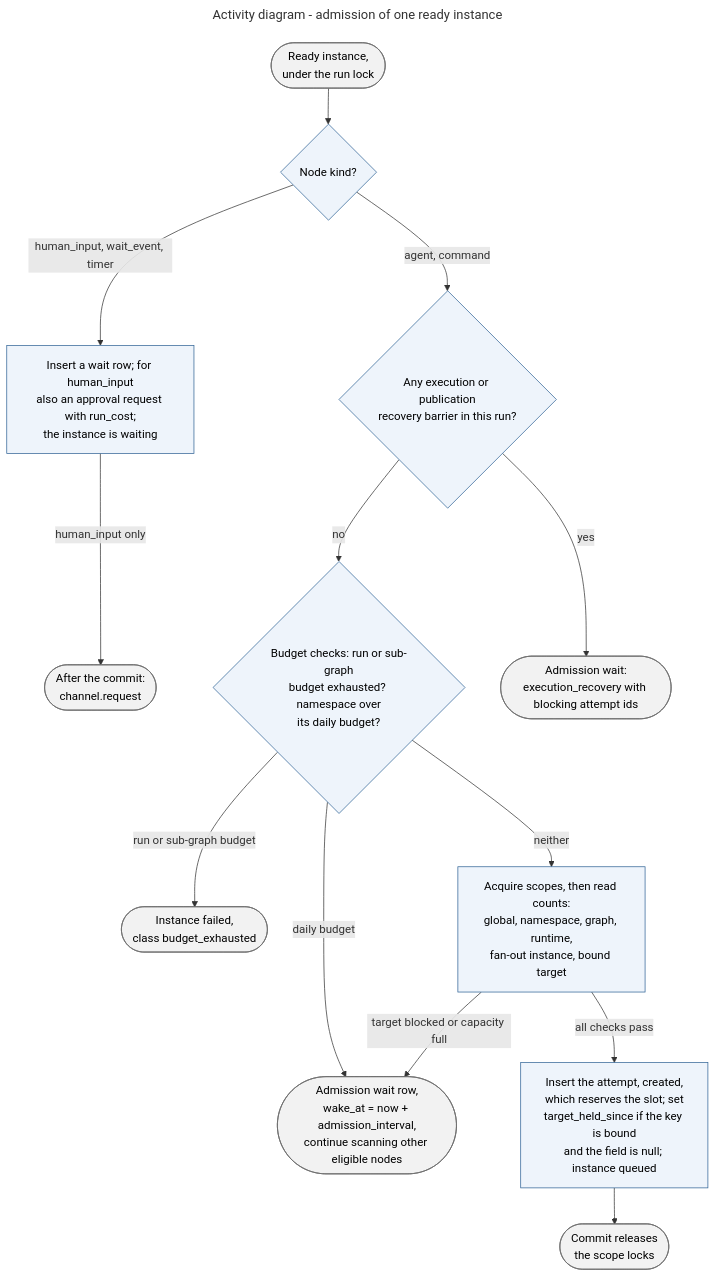
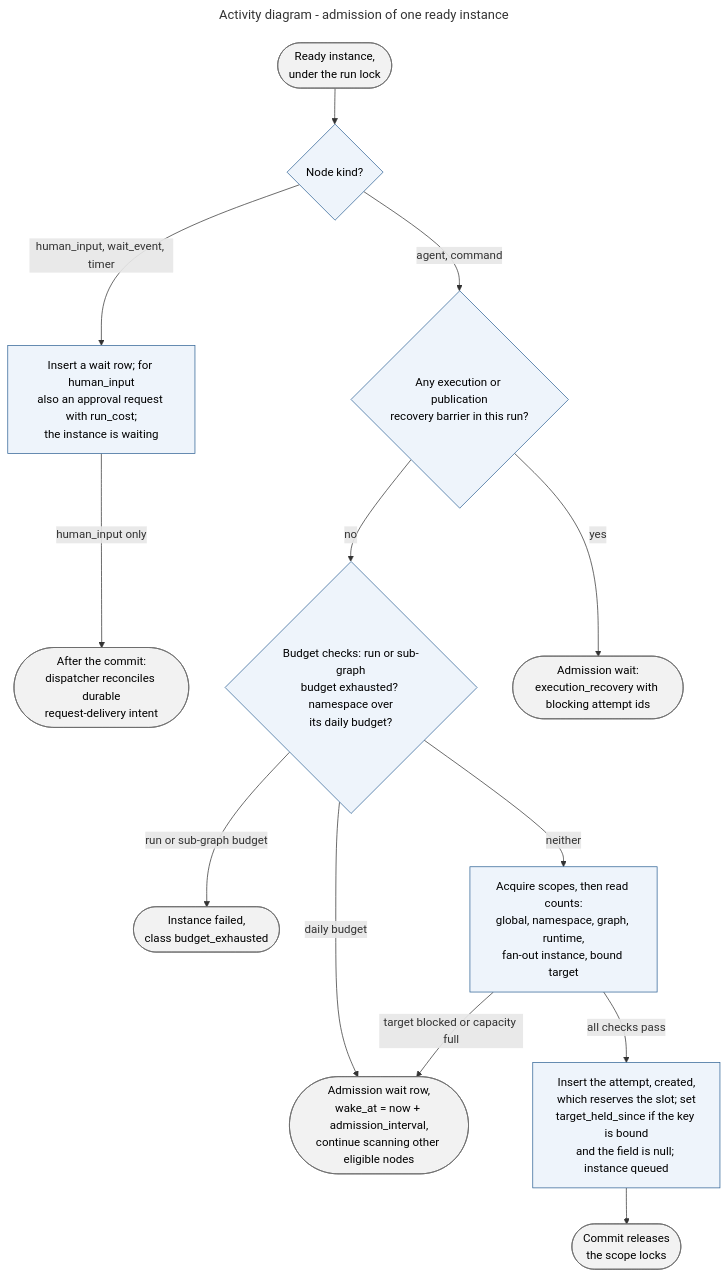
Diagram 21 of 24 in knowledge/architecture/internals.md (klukashka/kora), drawn with Mermaid before and after one commit. The commit also changed other lines of this file and 16 other files, not shown here.

````diff
--- a/knowledge/architecture/internals.md
+++ b/knowledge/architecture/internals.md
@@ -1220,36 +1228,36 @@
 ```mermaid
 ---
 title: Activity diagram - admission of one ready instance
 ---
 flowchart TB
   accTitle: Admission of one ready instance
   accDescr: Admission takes a ready instance under the run lock. A waiting kind gets a wait row, a human_input node also gets an approval request with the run's cost, and its channel is asked after the commit. An agent or command instance waits with execution_recovery while any old attempt in the run has unresolved execution/publication. Otherwise it fails with budget_exhausted when its run or sub-graph budget is exhausted and gets an admission wait while its namespace is over its daily budget. Otherwise six scopes are locked and counted in a fixed order: global, namespace, graph, runtime, fan-out instance and target. Target/recovery blockers take priority over generic concurrency reasons. A blocked candidate gets an admission wait and the scan continues to later eligible instances in stable node ID order; the first wait behind a target holder writes run.target_deferred. When every scope has room, the attempt is inserted created, which reserves attempt capacity and one distinct-run slot if it is the first physical attempt, the target hold is set when the key is bound, and the instance becomes queued. The commit releases the scope locks.
   classDef step fill:#EEF4FB,stroke:#2E6295,color:#000000
   classDef stop fill:#F2F2F2,stroke:#6B6B6B,color:#000000
 
   start(["Ready instance,<br/>under the run lock"]):::stop
   kind{"Node kind?"}:::step
   waitrow["Insert a wait row; for human_input<br/>also an approval request with run_cost;<br/>the instance is waiting"]:::step
-  ask(["After the commit:<br/>channel.request"]):::stop
+  ask(["After the commit:<br/>dispatcher reconciles durable<br/>request-delivery intent"]):::stop
   budgets{"Budget checks: run or sub-graph<br/>budget exhausted? namespace over<br/>its daily budget?"}:::step
   fail(["Instance failed,<br/>class budget_exhausted"]):::stop
   scopes["Acquire scopes, then read counts:<br/>global, namespace, graph, runtime,<br/>fan-out instance, bound target"]:::step
   admwait(["Admission wait row,<br/>wake_at = now + admission_interval,<br/>continue scanning other eligible nodes"]):::stop
   insert["Insert the attempt, created,<br/>which reserves the slot; set<br/>target_held_since if the key is bound<br/>and the field is null; instance queued"]:::step
   commit(["Commit releases<br/>the scope locks"]):::stop
 
   start --> kind
   kind -->|"human_input, wait_event, timer"| waitrow
   waitrow -->|"human_input only"| ask
   recovery{"Any execution or publication<br/>recovery barrier in this run?"}:::step
   recoverywait(["Admission wait:<br/>execution_recovery with blocking attempt ids"]):::stop
   kind -->|"agent, command"| recovery
   recovery -->|"yes"| recoverywait
   recovery -->|"no"| budgets
   budgets -->|"run or sub-graph budget"| fail
   budgets -->|"daily budget"| admwait
   budgets -->|"neither"| scopes
   scopes -->|"target blocked or capacity full"| admwait
   scopes -->|"all checks pass"| insert
   insert --> commit
 ```
````
